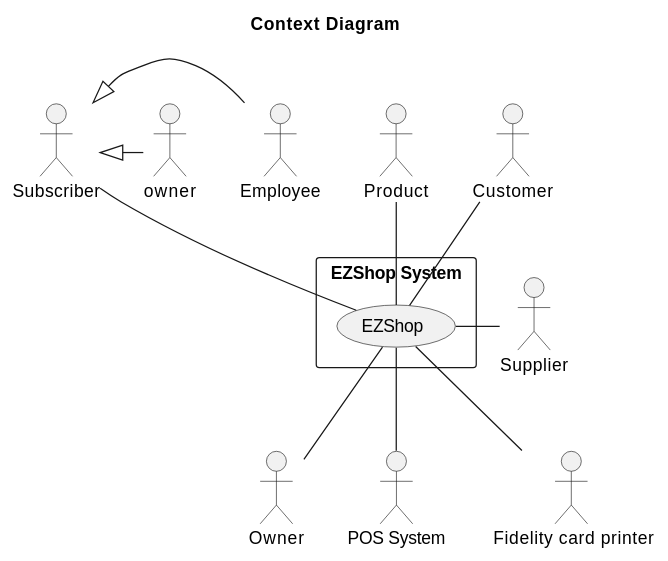
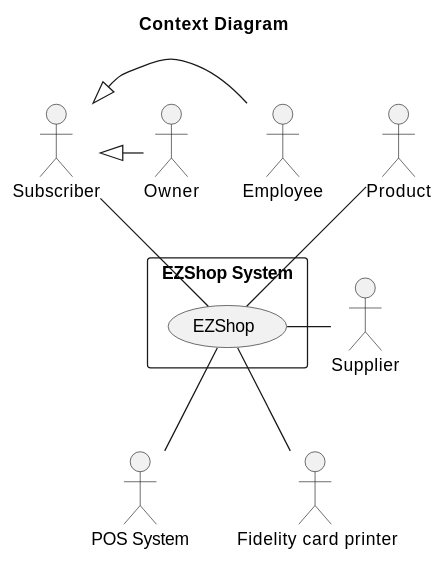
The first of 4 diagrams in Deliverables/RequirementsDocument.md (nicolabattaglino/ezshop), drawn with PlantUML before and after one commit.

````diff
--- a/Deliverables/RequirementsDocument.md
+++ b/Deliverables/RequirementsDocument.md
@@ -51,31 +51,29 @@
 ```plantuml
 @startuml
 
 
 title Context Diagram
 
 
 actor Owner
 actor Product
 actor Subscriber
 actor Employee
 actor :POS System: as POSSystem
 actor :Supplier: as supplier
 actor : Fidelity card printer: as fcPrinter
 rectangle "EZShop System" as EZShopSystem{
 (EZShop)
 }
 Subscriber <|- Employee
-Subscriber <|-owner
-Customer -- EZShop
+Subscriber <|- Owner
 Product -- EZShop
-EZShop -- Owner
 EZShop -- POSSystem
 EZShop - supplier
 EZShop-- fcPrinter
 Subscriber -- EZShop
 
 
 
 @enduml
 ```
````
